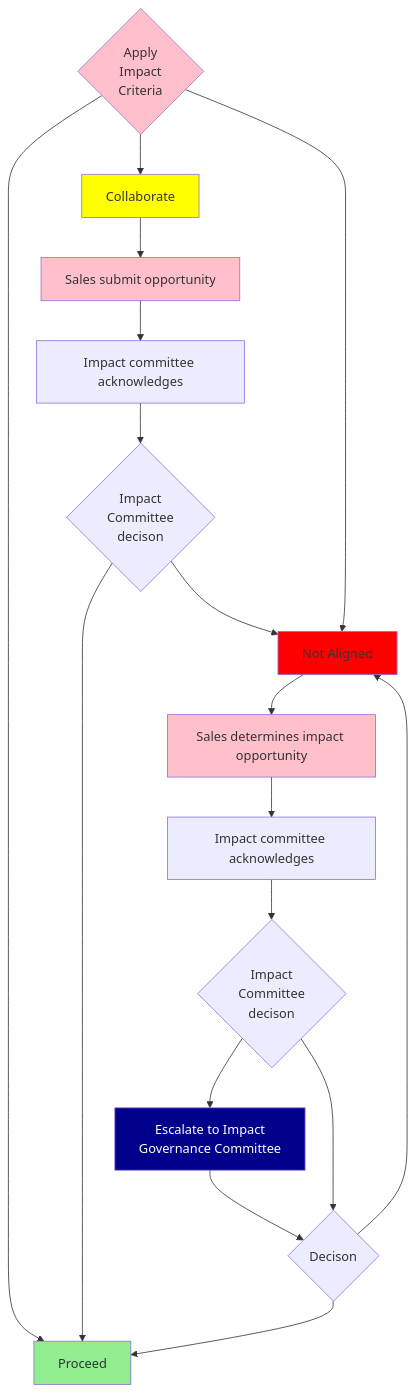
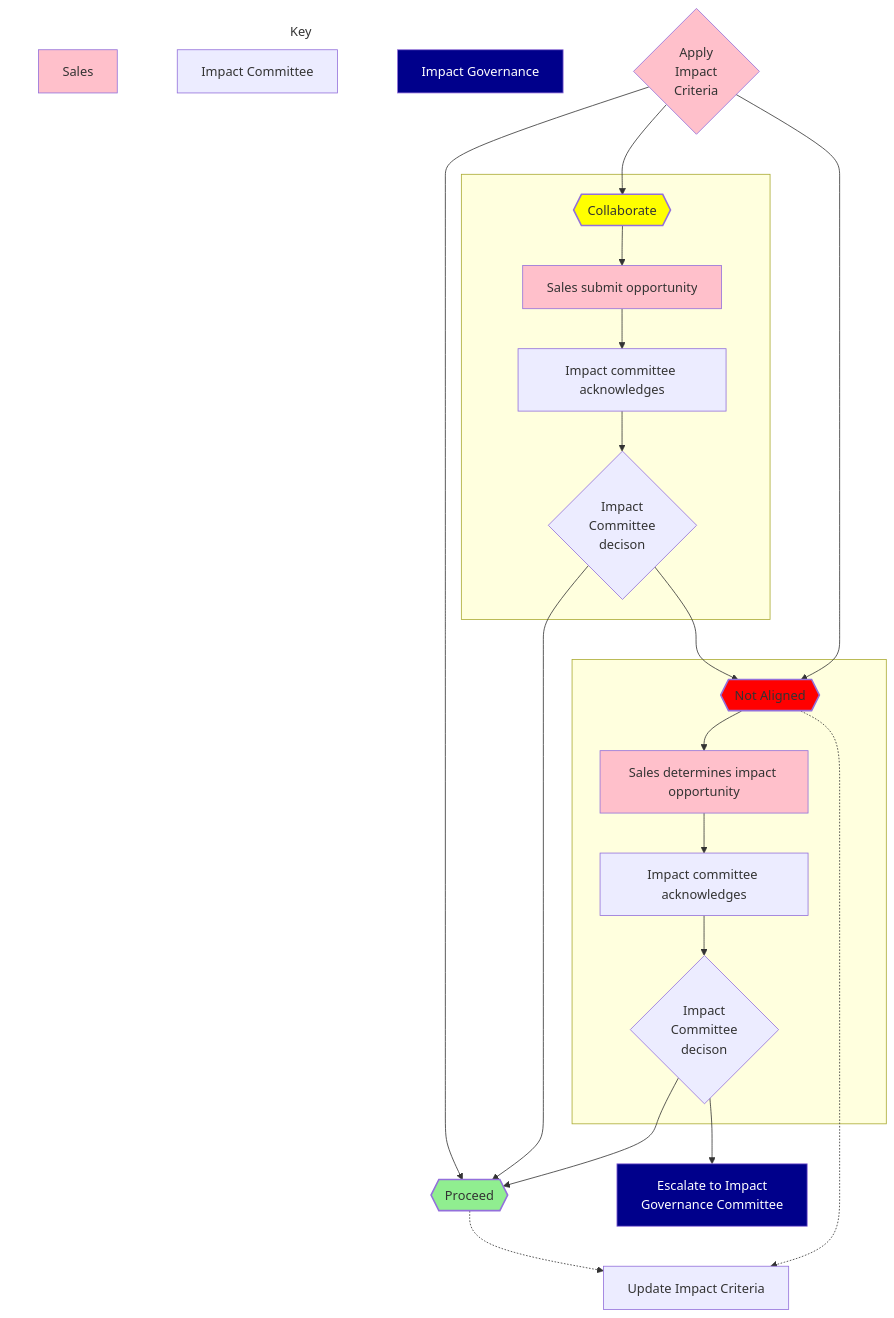
One commit to grugnog/mermaid-graphs changed the first of 3 diagrams in impact2.md. Above: the diagram before and after it, drawn with Mermaid.

````diff
--- a/impact2.md
+++ b/impact2.md
@@ -7,32 +7,42 @@
 ```mermaid
 flowchart TD
     ApplyCriteria{"Apply\nImpact\nCriteria"}
-    ApplyCriteria-->Proceed;
-    ApplyCriteria-->Collaborate;
-    ApplyCriteria-->NotAligned["Not Aligned"];
-    Collaborate-->SalesSubmits["Sales submit opportunity"];
-    SalesSubmits-->ImpactResponds["Impact committee acknowledges"];
-    ImpactResponds-->Decision{"Impact\nCommittee\ndecison"};
+    ApplyCriteria-->Proceed{{Proceed}};
+    ApplyCriteria-->Collaborate{{Collaborate}};
+    ApplyCriteria-->NotAligned{{"Not Aligned"}};
+    subgraph CollaborateWorkflow [" "]
+        Collaborate-->SalesSubmits["Sales submit opportunity"]
+        SalesSubmits-->ImpactResponds["Impact committee acknowledges"];
+        ImpactResponds-->Decision{"Impact\nCommittee\ndecison"};
+    end;
     Decision-->Proceed;
     Decision-->NotAligned;
 
+    subgraph NotAlignedWorkflow [" "]
+        NotAligned-->SalesSubmitsImpactRed["Sales determines impact opportunity"]
+        SalesSubmitsImpactRed-->ImpactRespondsRed["Impact committee acknowledges"];
+        ImpactRespondsRed-->ImpactDiscussesRed{"Impact\nCommittee\ndecison"};
+    end;
+    ImpactDiscussesRed-->Proceed;
+    ImpactDiscussesRed-->InvolveGovernanceRed[Escalate to Impact\nGovernance Committee]
+    Proceed-.->UpdateCriteria["Update Impact Criteria"];
+    NotAligned-.->UpdateCriteria;
 
-  NotAligned-->SalesSubmitsImpactRed["Sales determines impact opportunity"];
-  SalesSubmitsImpactRed-->ImpactRespondsRed["Impact committee acknowledges"];
-  ImpactRespondsRed-->ImpactDiscussesRed{"Impact\nCommittee\ndecison"};
-  ImpactDiscussesRed-->InvolveGovernanceRed[Escalate to Impact\nGovernance Committee]
-  ImpactDiscussesRed-->DecisionRed{"Decison"};
-  InvolveGovernanceRed-->DecisionRed;
-  DecisionRed-->Proceed;
-  DecisionRed-->NotAligned;
+    subgraph Key
+        direction LR;
+        Sales ~~~ ImpactCommittee["Impact Committee"] ~~~ ImpactGovernance["Impact Governance"];
+    end;
 
-style Proceed fill:lightgreen
-style Collaborate fill:yellow
-style NotAligned fill:red
+style Proceed fill:lightgreen,stroke-width:2px;
+style Collaborate fill:yellow,stroke-width:2px;
+style NotAligned fill:red,stroke-width:2px;
 
+style Sales fill:pink;
 style ApplyCriteria fill:pink;
 style SalesSubmits fill:pink;
 style SalesSubmitsImpactRed fill:pink;
 
 style InvolveGovernanceRed fill:darkblue,color:white;
+style ImpactGovernance fill:darkblue,color:white;
+style Key fill:none,stroke:none;
 ```
````
